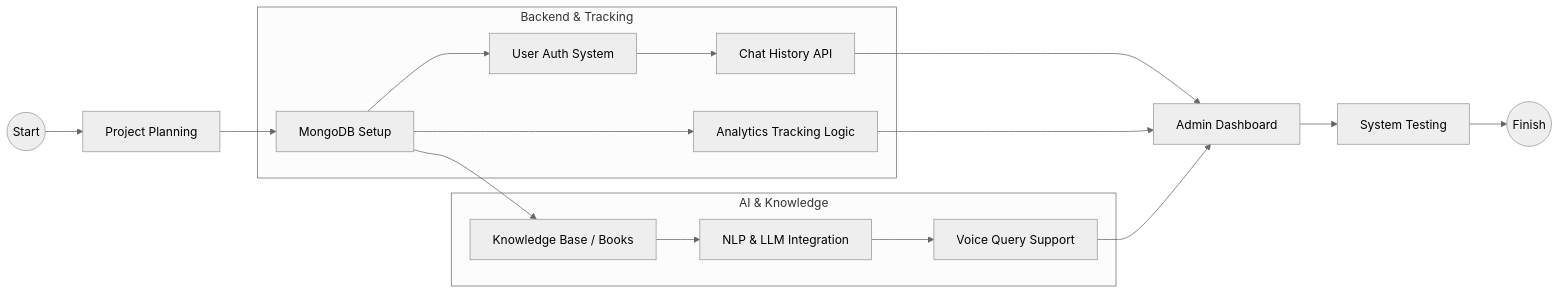
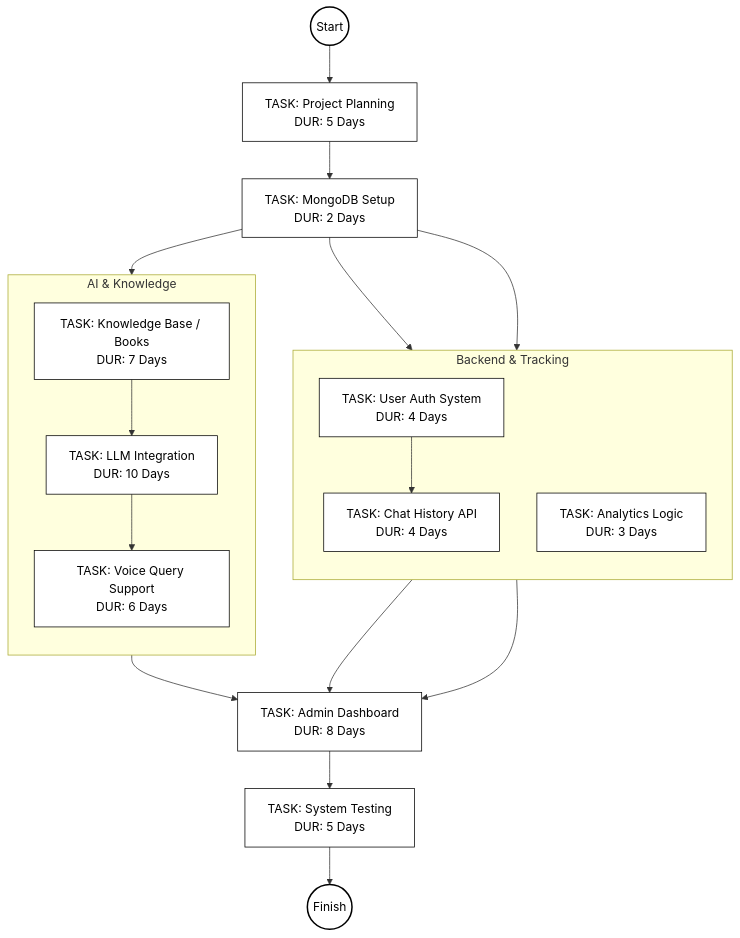
Before and after one commit to Rohitprj/Problem-Solving: the diagram in MCA_Synopsis-diagram/REPORT/System Analysis/PERT/PERT_CHART.mmd, drawn with Mermaid. The commit also changed 15 other files, not shown here.

```diff
--- a/MCA_Synopsis-diagram/REPORT/System Analysis/PERT/PERT_CHART.mmd
+++ b/MCA_Synopsis-diagram/REPORT/System Analysis/PERT/PERT_CHART.mmd
@@ -33,26 +33,169 @@
 %%     style PLAN fill:#bbf,stroke:#333
 %%     style TEST fill:#dfd,stroke:#333
 
-%%{init: {"theme":"neutral"}}%%
-graph LR
-    START((Start)) --> PLAN[Project Planning]
-    PLAN --> DB[MongoDB Setup]
+%% %%{init: {"theme":"neutral"}}%%
+%% graph LR
+%%     START((Start)) --> PLAN[Project Planning]
+%%     PLAN --> DB[MongoDB Setup]
 
+%%     subgraph Development_Module [Backend & Tracking]
+%%     DB --> AUTH[User Auth System]
+%%     DB --> TRACK[Analytics Tracking Logic]
+%%     AUTH --> CHAT_API[Chat History API]
+%%     end
+
+%%     subgraph AI_Engine [AI & Knowledge]
+%%     DB --> KB[Knowledge Base / Books]
+%%     KB --> NLP[NLP & LLM Integration]
+%%     NLP --> VOICE[Voice Query Support]
+%%     end
+
+%%     CHAT_API --> ADMIN[Admin Dashboard]
+%%     TRACK --> ADMIN
+%%     VOICE --> ADMIN
+
+%%     ADMIN --> TEST[System Testing]
+%%     TEST --> END((Finish))
+
+%% %%{init: {
+%%   'theme': 'neutral',
+%%   'themeVariables': {
+%%     'fontSize': '20px',
+%%     'labelFontSize': '18px',
+%%     'primaryTextColor': '#2c3e50',
+%%     'edgeLabelBackground':'#ffffff',
+%%     'clusterBkg': '#ffffff',
+%%     'clusterBorder': '#333333',
+%%     'mainBkg': '#ffffff'
+%%   }
+%% }%%
+%% graph TB
+%%     %% Nodes with background forced to white
+%%     START((Start))
+    
+%%     PLAN["TASK: Project Planning<br/>DUR: 5 Days"]
+%%     style PLAN fill:#fff,stroke:#333
+    
+%%     DB["TASK: MongoDB Setup<br/>DUR: 2 Days"]
+%%     style DB fill:#fff,stroke:#333
+
+%%     %% Backend Module Subgraph with white background
+%%     subgraph Development_Module [Backend & Tracking]
+%%         direction TB
+%%         AUTH["TASK: User Auth System<br/>DUR: 4 Days"]
+%%         TRACK["TASK: Analytics Logic<br/>DUR: 3 Days"]
+%%         CHAT_API["TASK: Chat History API<br/>DUR: 4 Days"]
+        
+%%         style AUTH fill:#fff,stroke:#333
+%%         style TRACK fill:#fff,stroke:#333
+%%         style CHAT_API fill:#fff,stroke:#333
+%%     end
+
+%%     %% AI Engine Subgraph with white background
+%%     subgraph AI_Engine [AI & Knowledge]
+%%         direction TB
+%%         KB["TASK: Knowledge Base / Books<br/>DUR: 7 Days"]
+%%         NLP["TASK: LLM Integration<br/>DUR: 10 Days"]
+%%         VOICE["TASK: Voice Query Support<br/>DUR: 6 Days"]
+        
+%%         style KB fill:#fff,stroke:#333
+%%         style NLP fill:#fff,stroke:#333
+%%         style VOICE fill:#fff,stroke:#333
+%%     end
+
+%%     ADMIN["TASK: Admin Dashboard<br/>DUR: 8 Days"]
+%%     style ADMIN fill:#fff,stroke:#333
+    
+%%     TEST["TASK: System Testing<br/>DUR: 5 Days"]
+%%     style TEST fill:#fff,stroke:#333
+    
+%%     END((Finish))
+
+%%     %% Connections
+%%     START --> PLAN
+%%     PLAN --> DB
+
+%%     DB --> AUTH
+%%     DB --> TRACK
+%%     AUTH --> CHAT_API
+
+%%     DB --> KB
+%%     KB --> NLP
+%%     NLP --> VOICE
+
+%%     CHAT_API --> ADMIN
+%%     TRACK --> ADMIN
+%%     VOICE --> ADMIN
+
+%%     ADMIN --> TEST
+%%     TEST --> END
+
+%%{init: {
+  'theme': 'base',
+  'themeVariables': {
+    'primaryColor': '#ffffff',
+    'primaryTextColor': '#000000',
+    'primaryBorderColor': '#000000',
+    'lineColor': '#000000',
+    'fontSize': '20px',
+    'labelFontSize': '18px',
+    'clusterBkg': '#ffffff',
+    'clusterBorder': '#000000',
+    'edgeLabelBackground':'#ffffff',
+    'mainBkg': '#ffffff'
+  }
+}%%
+graph TB
+    %% Start/Finish nodes default to a different color in base theme, 
+    %% styling them explicitly to force the B&W look.
+    START((Start))
+    style START fill:#fff,stroke:#000,stroke-width:2px,color:#000
+    
+    PLAN["TASK: Project Planning<br/>DUR: 5 Days"]
+    
+    DB["TASK: MongoDB Setup<br/>DUR: 2 Days"]
+
+    %% Backend Module Subgraph
     subgraph Development_Module [Backend & Tracking]
-    DB --> AUTH[User Auth System]
-    DB --> TRACK[Analytics Tracking Logic]
-    AUTH --> CHAT_API[Chat History API]
+        direction TB
+        AUTH["TASK: User Auth System<br/>DUR: 4 Days"]
+        TRACK["TASK: Analytics Logic<br/>DUR: 3 Days"]
+        CHAT_API["TASK: Chat History API<br/>DUR: 4 Days"]
     end
 
+    %% AI Engine Subgraph
     subgraph AI_Engine [AI & Knowledge]
-    DB --> KB[Knowledge Base / Books]
-    KB --> NLP[NLP & LLM Integration]
-    NLP --> VOICE[Voice Query Support]
+        direction TB
+        KB["TASK: Knowledge Base / Books<br/>DUR: 7 Days"]
+        NLP["TASK: LLM Integration<br/>DUR: 10 Days"]
+        VOICE["TASK: Voice Query Support<br/>DUR: 6 Days"]
     end
 
-    CHAT_API --> ADMIN[Admin Dashboard]
+    ADMIN["TASK: Admin Dashboard<br/>DUR: 8 Days"]
+    TEST["TASK: System Testing<br/>DUR: 5 Days"]
+    
+    END((Finish))
+    style END fill:#fff,stroke:#000,stroke-width:2px,color:#000
+
+    %% Add default styling rules to all rectangles to be strict B&W
+    classDef bw fill:#fff,stroke:#000,color:#000,stroke-width:1px;
+    class PLAN,DB,AUTH,TRACK,CHAT_API,KB,NLP,VOICE,ADMIN,TEST bw;
+
+    %% Connections
+    START --> PLAN
+    PLAN --> DB
+
+    DB --> AUTH
+    DB --> TRACK
+    AUTH --> CHAT_API
+
+    DB --> KB
+    KB --> NLP
+    NLP --> VOICE
+
+    CHAT_API --> ADMIN
     TRACK --> ADMIN
     VOICE --> ADMIN
 
-    ADMIN --> TEST[System Testing]
-    TEST --> END((Finish))
+    ADMIN --> TEST
+    TEST --> END
```
